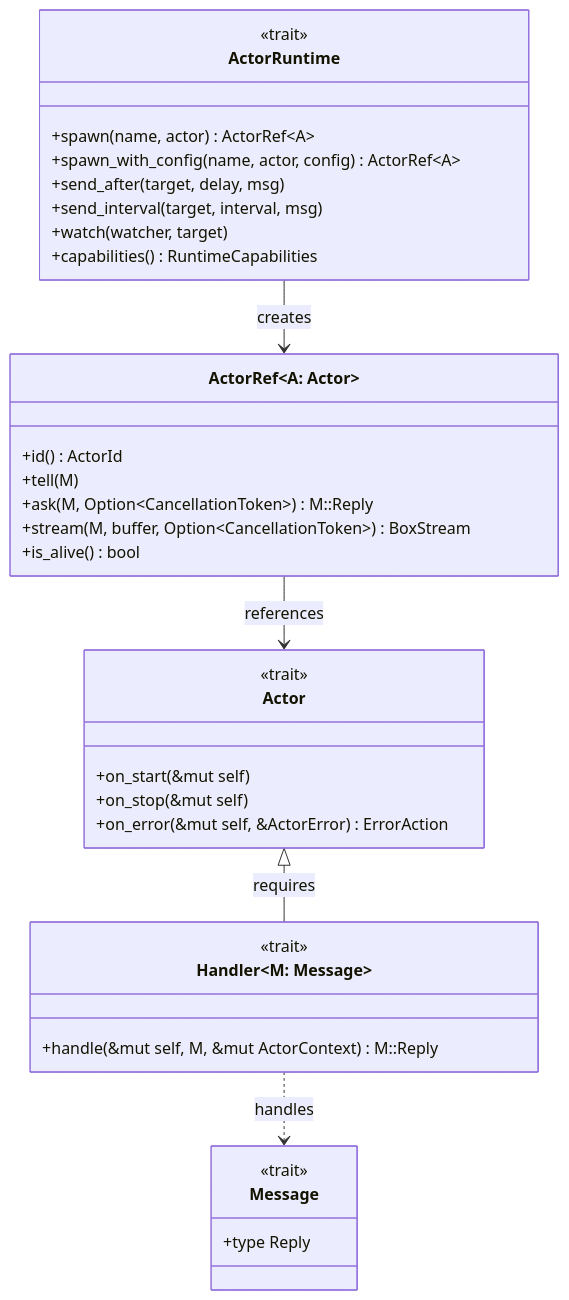
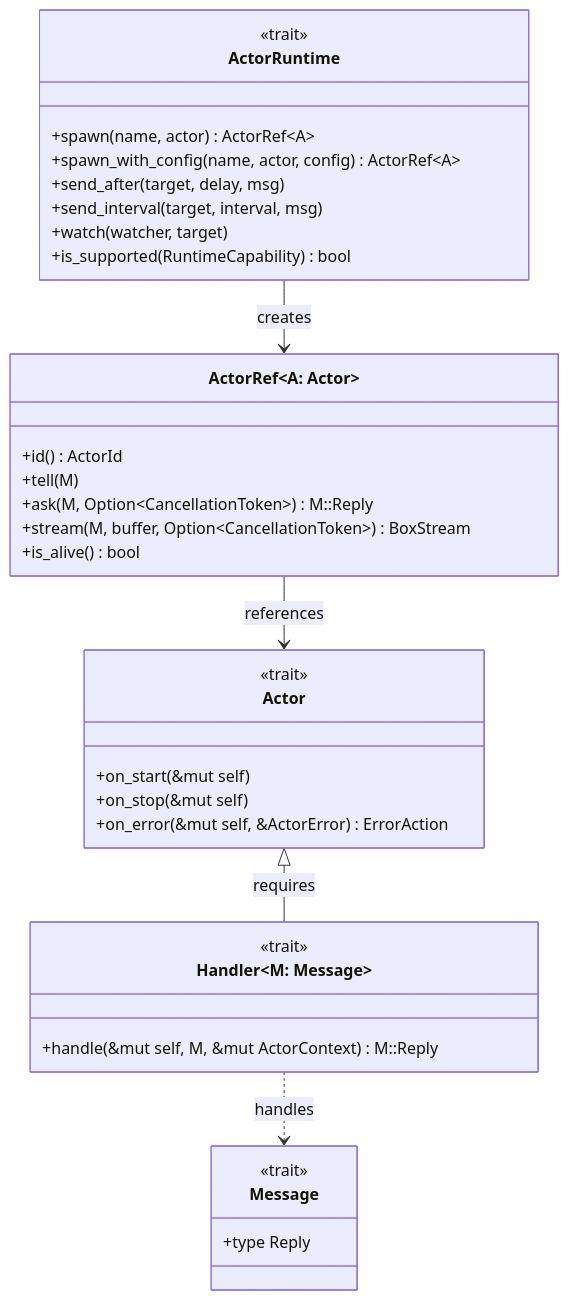
One commit to Yaming-Hub/dactor changed the second of 30 diagrams in docs/design-v0.2.md. Above: the diagram before and after it, drawn with Mermaid. The commit also changed other lines of this file, not shown here.

First line of the commit message:
docs: change RuntimeCapabilities struct → RuntimeCapability enum + is_supported()

````diff
--- a/docs/design-v0.2.md
+++ b/docs/design-v0.2.md
@@ -281,37 +287,37 @@
 ```mermaid
 classDiagram
     class Actor {
         <<trait>>
         +on_start(&mut self)
         +on_stop(&mut self)
         +on_error(&mut self, &ActorError) ErrorAction
     }
     class Message {
         <<trait>>
         +type Reply
     }
     class Handler~M: Message~ {
         <<trait>>
         +handle(&mut self, M, &mut ActorContext) M::Reply
     }
     class ActorRef~A: Actor~ {
         +id() ActorId
         +tell(M)
         +ask(M, Option~CancellationToken~) M::Reply
         +stream(M, buffer, Option~CancellationToken~) BoxStream
         +is_alive() bool
     }
     class ActorRuntime {
         <<trait>>
         +spawn(name, actor) ActorRef~A~
         +spawn_with_config(name, actor, config) ActorRef~A~
         +send_after(target, delay, msg)
         +send_interval(target, interval, msg)
         +watch(watcher, target)
-        +capabilities() RuntimeCapabilities
+        +is_supported(RuntimeCapability) bool
     }
     Actor <|-- Handler: requires
     Handler ..> Message: handles
     ActorRef --> Actor: references
     ActorRuntime --> ActorRef: creates
 ```
````
